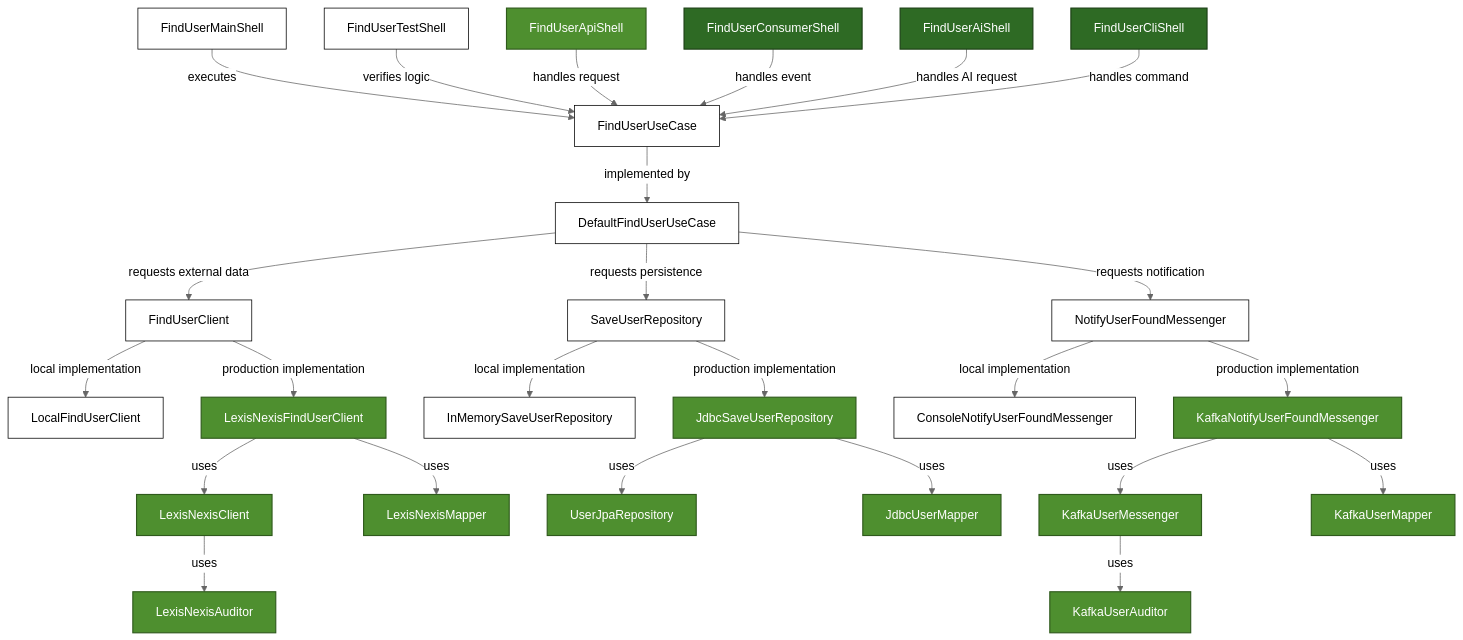
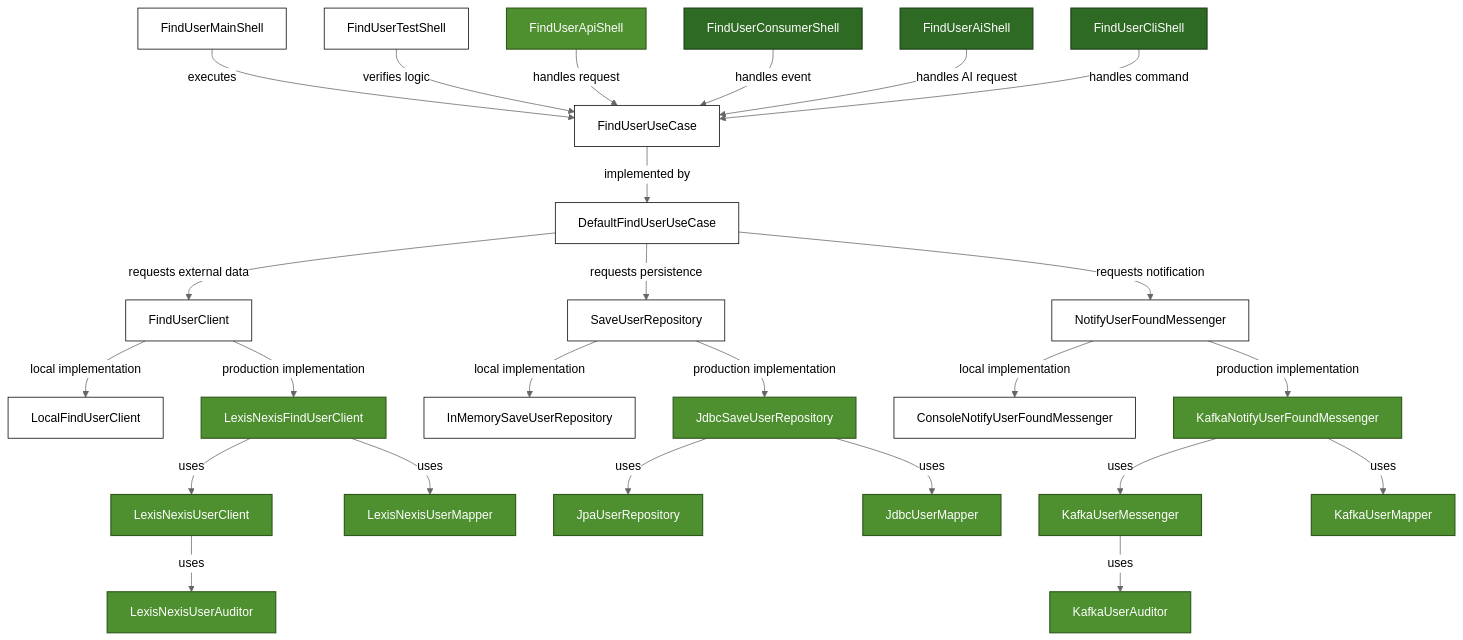
One commit to hermi-projects/hermi changed the diagram in README.md. Above: the diagram before and after it, drawn with Mermaid (neutral theme). The commit also changed other lines of this file, not shown here.

````diff
--- a/README.md
+++ b/README.md
@@ -674,65 +687,65 @@
 ```mermaid
 graph TD
     %% Main Shell
     S_Main[FindUserMainShell] -->|executes| U_UseCase
 
     %% JUnit Shell
     S_JUnit[FindUserTestShell] -->|verifies logic| U_UseCase
     
     %% API Shell
     S_Api[FindUserApiShell] -->|handles request| U_UseCase
 
     %% Consumer Shell
     S_Consumer[FindUserConsumerShell] -->|handles event| U_UseCase
 
     %% AI Shell
     S_Ai[FindUserAiShell] -->|handles AI request| U_UseCase
 
     %% CLI Shell
     S_Cli[FindUserCliShell] -->|handles command| U_UseCase
 
     %% Use Case Interface -> Default Implementation
     U_UseCase[FindUserUseCase] -->|implemented by| U_Default[DefaultFindUserUseCase]
     
     %% Default Implementation -> Contracts
     U_Default -->|requests external data| U_Client[FindUserClient]
     U_Default -->|requests persistence| U_Repo[SaveUserRepository]
     U_Default -->|requests notification| U_Messenger[NotifyUserFoundMessenger]
 
     %% Local Implementations
     U_Client -->|local implementation| A_LocalClient[LocalFindUserClient]
     U_Repo -->|local implementation| A_LocalRepo[InMemorySaveUserRepository]
     U_Messenger -->|local implementation| A_LocalMessenger[ConsoleNotifyUserFoundMessenger]
 
     %% Production Implementations
     U_Client -->|production implementation| A_ProdClient[LexisNexisFindUserClient]
-    A_ProdClient -->|uses| A_VendorClient[LexisNexisClient]
-    A_ProdClient -->|uses| A_VendorMapper[LexisNexisMapper]
-    A_VendorClient -->|uses| A_ClientAuditor[LexisNexisAuditor]
+    A_ProdClient -->|uses| A_VendorClient[LexisNexisUserClient]
+    A_ProdClient -->|uses| A_VendorMapper[LexisNexisUserMapper]
+    A_VendorClient -->|uses| A_ClientAuditor[LexisNexisUserAuditor]
 
     U_Repo -->|production implementation| A_ProdRepo[JdbcSaveUserRepository]
-    A_ProdRepo -->|uses| A_VendorRepo[UserJpaRepository]
+    A_ProdRepo -->|uses| A_VendorRepo[JpaUserRepository]
     A_ProdRepo -->|uses| A_RepoMapper[JdbcUserMapper]
 
     U_Messenger -->|production implementation| A_ProdMessenger[KafkaNotifyUserFoundMessenger]
     A_ProdMessenger -->|uses| A_VendorMessenger[KafkaUserMessenger]
     A_ProdMessenger -->|uses| A_MessengerMapper[KafkaUserMapper]
     A_VendorMessenger -->|uses| A_MessengerAuditor[KafkaUserAuditor]
 
     %% Styling
     classDef s_local fill:#FFFFFF,color:#000000,stroke:#000000,stroke-width:1px
     classDef s_api fill:#4E8F2F,color:#FFFFFF,stroke:#2F5A1C,stroke-width:1.5px
     classDef s_other fill:#2E6A24,color:#FFFFFF,stroke:#1B3F15,stroke-width:1.5px
     classDef core fill:#FFFFFF,color:#000000,stroke:#000000,stroke-width:1px
 
     %% Assign classes
     class S_Main,A_LocalClient,A_LocalRepo,A_LocalMessenger s_local
     class S_Api s_api
     class S_Consumer,S_Ai,S_Cli s_other
     class S_JUnit core
     class U_UseCase,U_Default,U_Client,U_Repo,U_Messenger core
     class A_ProdClient,A_ProdRepo,A_ProdMessenger s_api
     class A_VendorClient,A_VendorRepo,A_VendorMessenger s_api
     class A_VendorMapper,A_RepoMapper,A_MessengerMapper s_api
     class A_ClientAuditor,A_MessengerAuditor s_api
 ```
````
